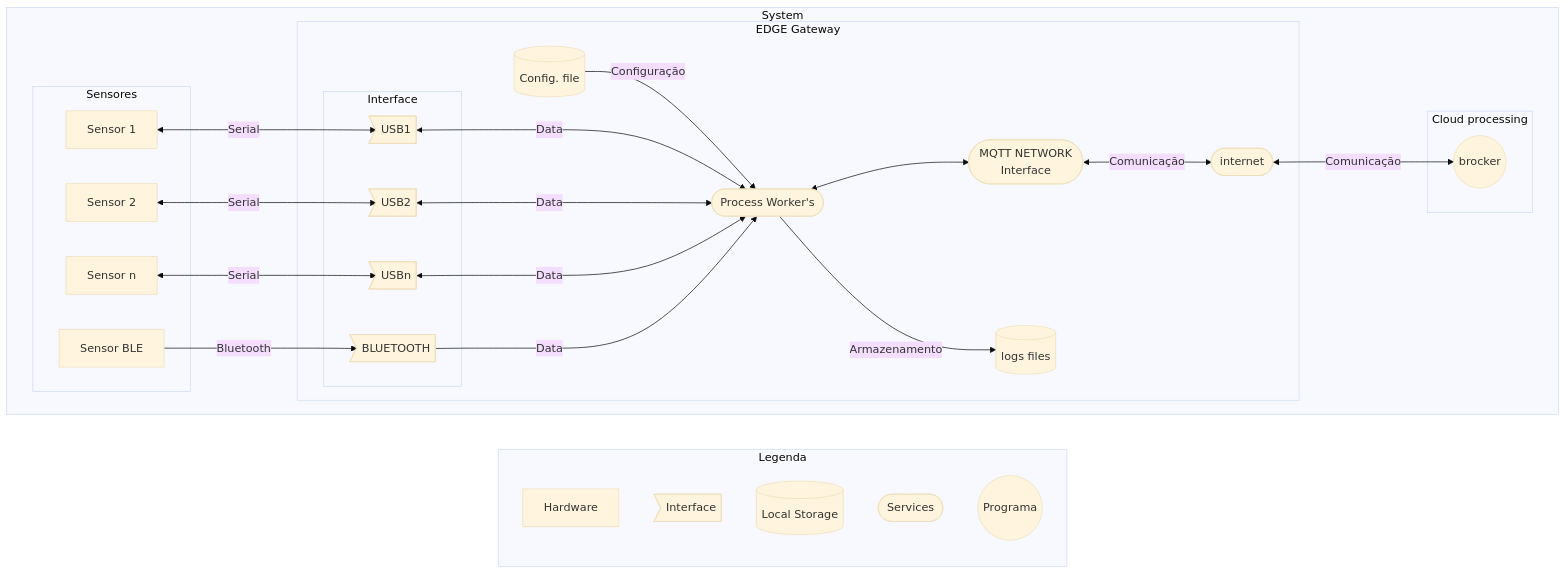
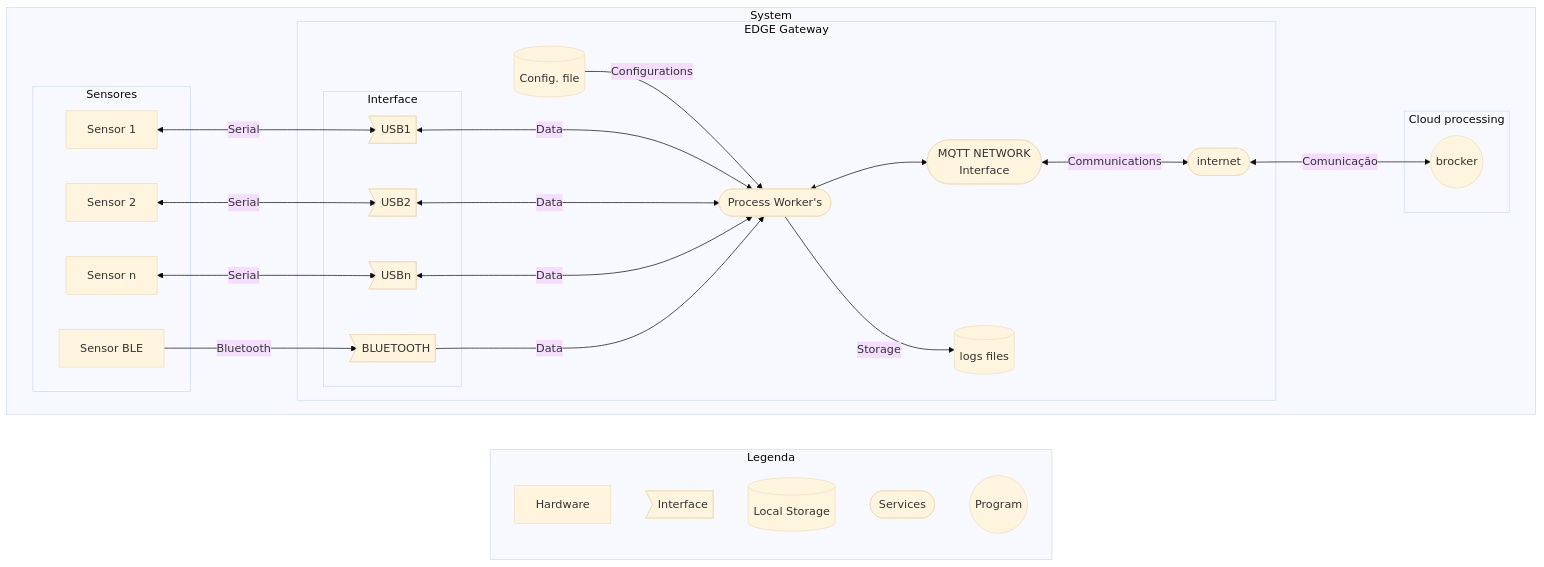
Before and after one commit to felipengeletrica/EdgeGateway: the diagram in diagram/diagram.mmd, drawn with Mermaid (base theme).

Commit message:
Update fluxogram remove portuguese language

```diff
--- a/diagram/diagram.mmd
+++ b/diagram/diagram.mmd
@@ -1,42 +1,42 @@
 graph LR
     subgraph Legenda
         hardware[Hardware]
         interface>Interface]
         file[(Local Storage)]
         services([Services])
-        program((Programa))
+        program((Program))
     end
 
     subgraph System
         direction LR
 
         subgraph EDGE Gateway
-            ConfigFile[(Config. file)] -->|Configuração| datalogger([Process Worker's])
+            ConfigFile[(Config. file)] -->|Configurations| datalogger([Process Worker's])
             datalogger([Process Worker's])<--> server([MQTT NETWORK \n Interface])
-            datalogger([Process Worker's])--> |Armazenamento| files[(logs files)]
-            server([MQTT NETWORK \n Interface])<-->|Comunicação| internet([internet])
+            datalogger([Process Worker's])--> |Storage| files[(logs files)]
+            server([MQTT NETWORK \n Interface])<-->|Communications| internet([internet])
 
             subgraph Interface
                 USB1>USB1]
                 USB2>USB2]
                 USBn>USBn]
                 BLUETOOTH>BLUETOOTH]
             end
             USB1>USB1] <--->|Data| datalogger
             USB2>USB2] <--->|Data| datalogger
             USBn>USBn] <--->|Data| datalogger
             BLUETOOTH>BLUETOOTH] -->|Data| datalogger
         end
 
         subgraph Sensores
             s1[Sensor 1] <-->|Serial| USB1
             s2[Sensor 2] <-->|Serial| USB2
             s4[Sensor n] <-->|Serial| USBn
             s3[Sensor BLE] -->|Bluetooth| BLUETOOTH
         end
 
         internet <-->|Comunicação| brocker((brocker))
         subgraph Cloud processing 
             brocker((brocker))
         end
     end
```
